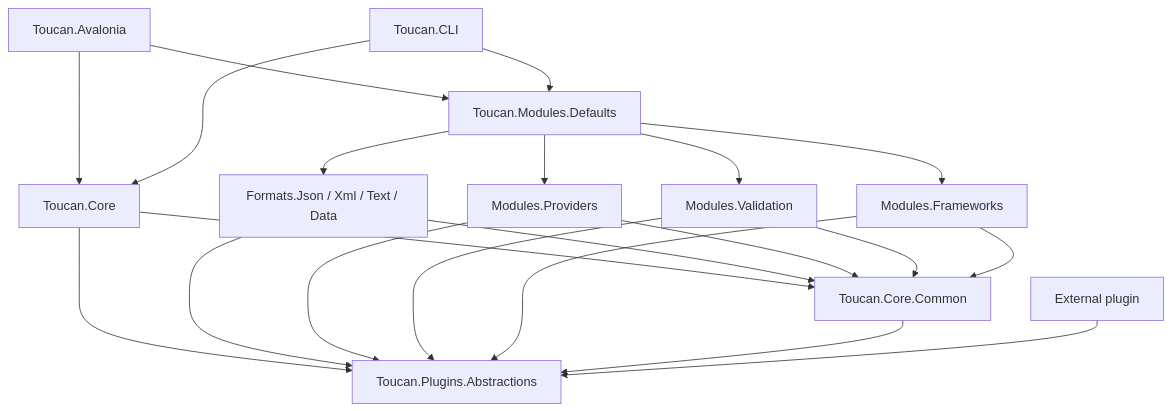
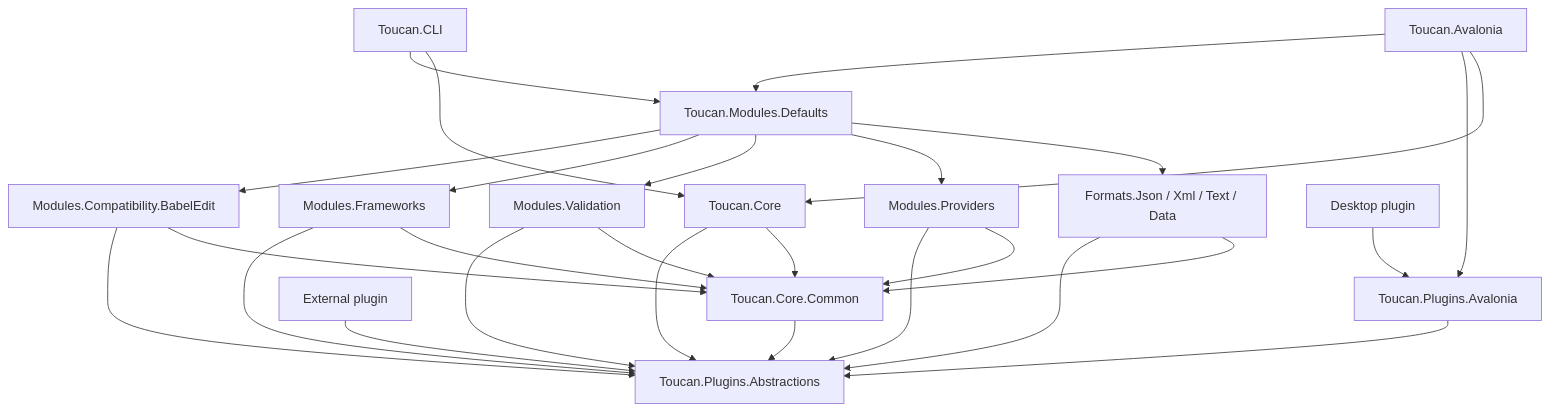
One commit to rasyidf/Toucan changed the first of 7 diagrams in docs/ARCHITECTURE.md. Above: the diagram before and after it, drawn with Mermaid. The commit also changed other lines of this file and 32 other files, not shown here.

````diff
--- a/docs/ARCHITECTURE.md
+++ b/docs/ARCHITECTURE.md
@@ -18,23 +18,29 @@
 ```mermaid
 flowchart TD
     Desktop["Toucan.Avalonia"] --> Core["Toucan.Core"]
+    Desktop --> DesktopContracts["Toucan.Plugins.Avalonia"]
     CLI["Toucan.CLI"] --> Core
     Desktop --> Defaults["Toucan.Modules.Defaults"]
     CLI --> Defaults
     Defaults --> Formats["Formats.Json / Xml / Text / Data"]
     Defaults --> Providers["Modules.Providers"]
     Defaults --> Validation["Modules.Validation"]
     Defaults --> Frameworks["Modules.Frameworks"]
+    Defaults --> Compatibility["Modules.Compatibility.BabelEdit"]
     Core --> Common["Toucan.Core.Common"]
     Core --> Contracts["Toucan.Plugins.Abstractions"]
+    DesktopContracts --> Contracts
     Formats --> Common
     Providers --> Common
     Validation --> Common
     Frameworks --> Common
+    Compatibility --> Common
     Formats --> Contracts
     Providers --> Contracts
     Validation --> Contracts
     Frameworks --> Contracts
+    Compatibility --> Contracts
     Common --> Contracts
     Plugin["External plugin"] --> Contracts
+    DesktopPlugin["Desktop plugin"] --> DesktopContracts
 ```
````
